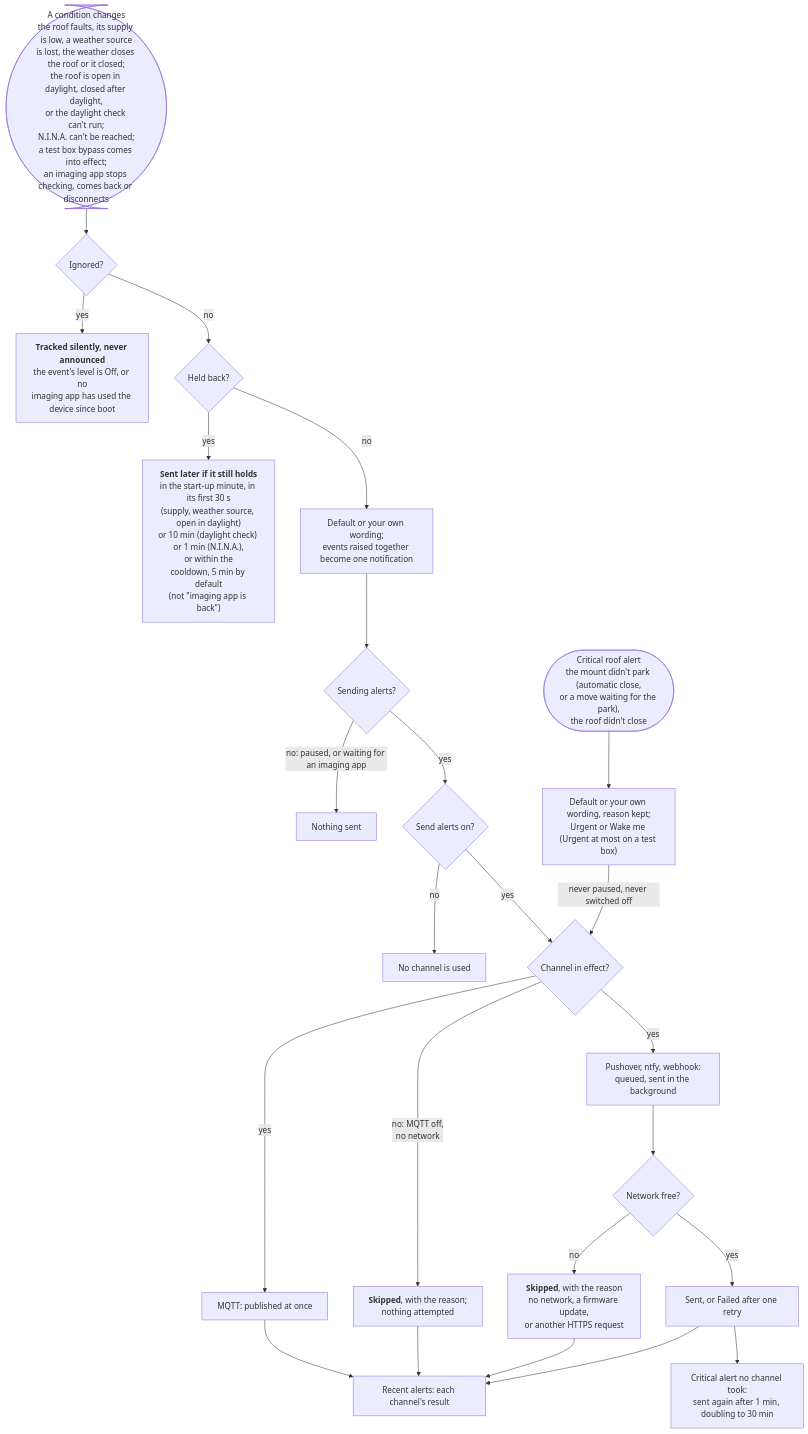
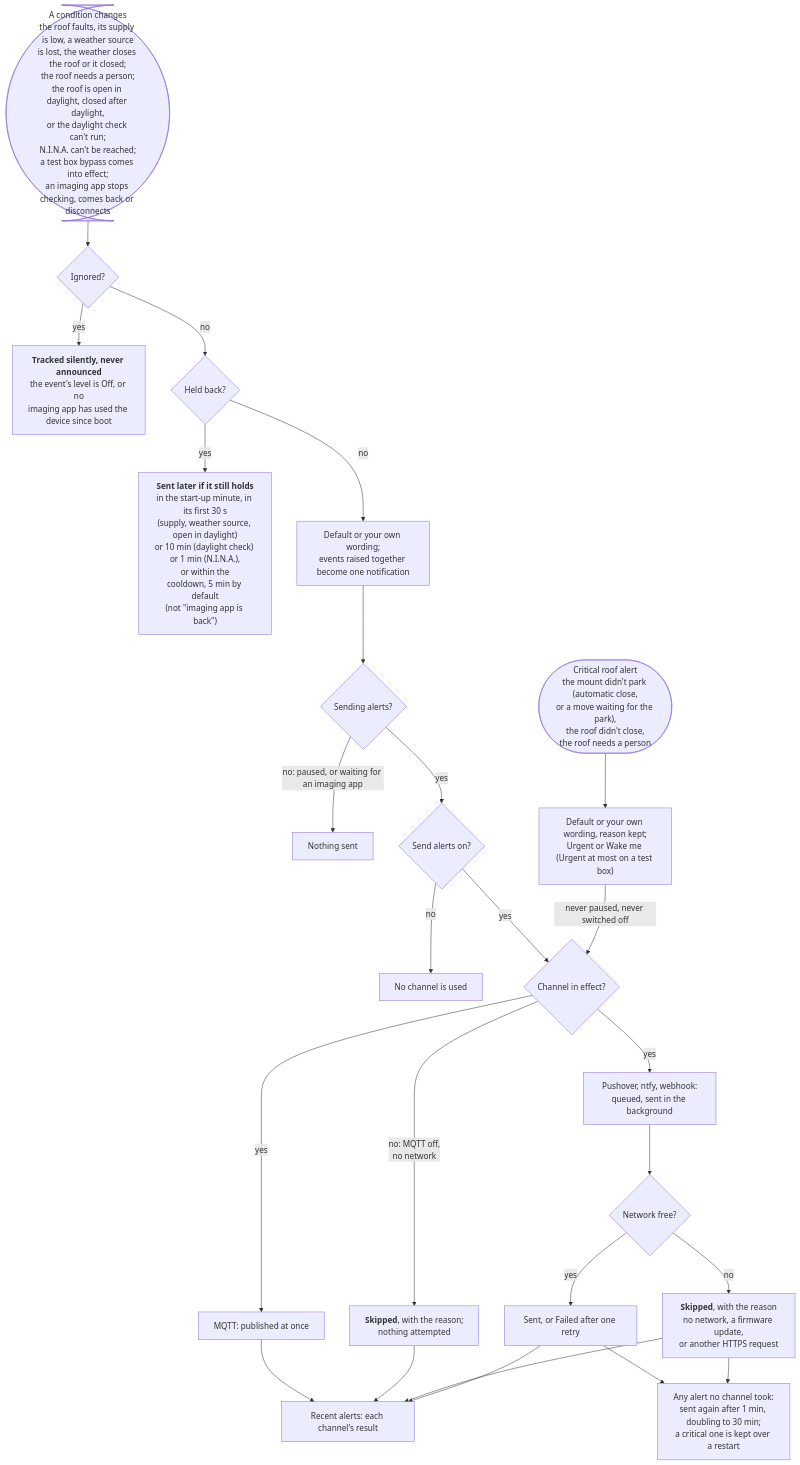
The diagram in docs/user-guide/alerts.md (DeanJ87/RoofRoof), drawn with Mermaid before and after one commit. The commit also changed other lines of this file and 15 other files, not shown here.

Commit message:
030: docs: weather hold, closes without a known position, needs_person, alerts through outages, reasons as words; diagrams re-confirmed

````diff
--- a/docs/user-guide/alerts.md
+++ b/docs/user-guide/alerts.md
@@ -24,28 +24,29 @@
 ```mermaid
 flowchart TB
     accTitle: Why an alert does or doesn't arrive
-    accDescr: Each second the device compares the roof and the imaging app with what you were last told. A change can be tracked silently, held back for now, or dropped by its level; otherwise it is worded and, if alerts are on and not paused, sent to every enabled channel, with each channel's result recorded. A critical roof alert skips the pause and the master switch, and is sent again until a channel takes it.
-    CHANGE(["A condition changes<br/>the roof faults, its supply is low, a weather source<br/>is lost, the weather closes the roof or it closed;<br/>the roof is open in daylight, closed after daylight,<br/>or the daylight check can't run;<br/>N.I.N.A. can't be reached;<br/>a test box bypass comes into effect;<br/>an imaging app stops checking, comes back or disconnects"]) --> SILENT{"Ignored?"}
+    accDescr: Each second the device compares the roof and the imaging app with what you were last told. A change can be tracked silently, held back for now, or dropped by its level; otherwise it is worded and, if alerts are on and not paused, sent to every enabled channel, with each channel's result recorded. A critical roof alert skips the pause and the master switch. Every alert that no channel took is queued and sent again with a growing gap until one does, a newer one of the same event replaces it or its condition has ended; a critical one is also kept across a restart.
+    CHANGE(["A condition changes<br/>the roof faults, its supply is low, a weather source<br/>is lost, the weather closes the roof or it closed;<br/>the roof needs a person;<br/>the roof is open in daylight, closed after daylight,<br/>or the daylight check can't run;<br/>N.I.N.A. can't be reached;<br/>a test box bypass comes into effect;<br/>an imaging app stops checking, comes back or disconnects"]) --> SILENT{"Ignored?"}
     SILENT -->|yes| TRACKED["<b>Tracked silently, never announced</b><br/>the event's level is Off, or no<br/>imaging app has used the device since boot"]
     SILENT -->|no| HELD{"Held back?"}
     HELD -->|yes| LATER["<b>Sent later if it still holds</b><br/>in the start-up minute, in its first 30 s<br/>(supply, weather source, open in daylight)<br/>or 10 min (daylight check) or 1 min (N.I.N.A.),<br/>or within the<br/>cooldown, 5 min by default<br/>(not &quot;imaging app is back&quot;)"]
     HELD -->|no| WORDING["Default or your own wording;<br/>events raised together become one notification"]
     WORDING --> ON{"Sending alerts?"}
     ON -->|"no: paused, or waiting for an imaging app"| NOTHING["Nothing sent"]
     ON -->|yes| MASTER{"Send alerts on?"}
     MASTER -->|no| NOPUSH["No channel is used"]
     MASTER -->|yes| INEFFECT{"Channel in effect?"}
-    CRITICAL(["Critical roof alert<br/>the mount didn't park (automatic close,<br/>or a move waiting for the park),<br/>the roof didn't close"]) --> CWORDING["Default or your own wording, reason kept;<br/>Urgent or Wake me (Urgent at most on a test box)"]
+    CRITICAL(["Critical roof alert<br/>the mount didn't park (automatic close,<br/>or a move waiting for the park),<br/>the roof didn't close,<br/>the roof needs a person"]) --> CWORDING["Default or your own wording, reason kept;<br/>Urgent or Wake me (Urgent at most on a test box)"]
     CWORDING -->|"never paused, never switched off"| INEFFECT
-    SENT --> AGAIN["Critical alert no channel took:<br/>sent again after 1 min, doubling to 30 min"]
+    SENT --> AGAIN["Any alert no channel took:<br/>sent again after 1 min, doubling to 30 min;<br/>a critical one is kept over a restart"]
     INEFFECT -->|"no: MQTT off,<br/>no network"| INACTIVE["<b>Skipped</b>, with the reason;<br/>nothing attempted"]
     INEFFECT -->|yes| MQTT["MQTT: published at once"]
     INEFFECT -->|yes| HTTP["Pushover, ntfy, webhook:<br/>queued, sent in the background"]
     HTTP --> CANSEND{"Network free?"}
     CANSEND -->|no| SKIPPED["<b>Skipped</b>, with the reason<br/>no network, a firmware update,<br/>or another HTTPS request"]
     CANSEND -->|yes| SENT["Sent, or Failed after one retry"]
+    SKIPPED --> AGAIN
     MQTT --> RECENT["Recent alerts: each channel's result"]
     INACTIVE --> RECENT
     SKIPPED --> RECENT
     SENT --> RECENT
 ```
````
